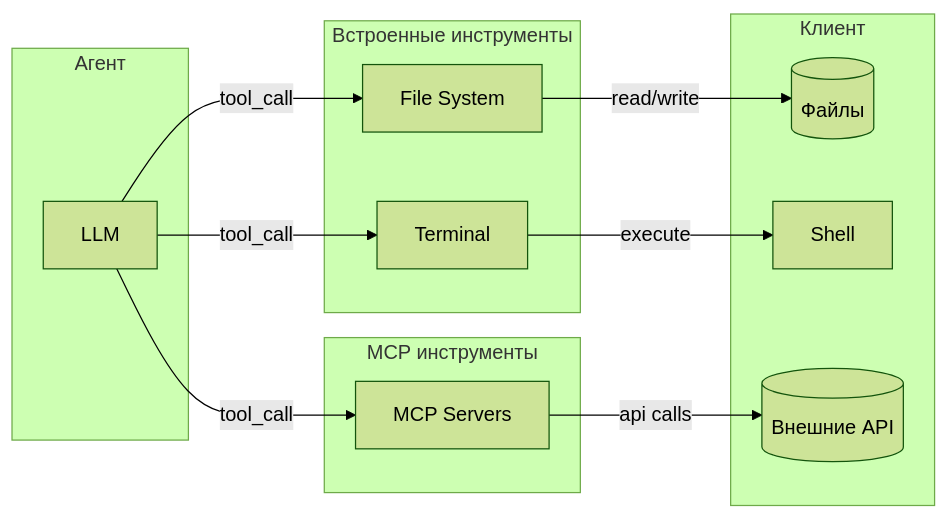
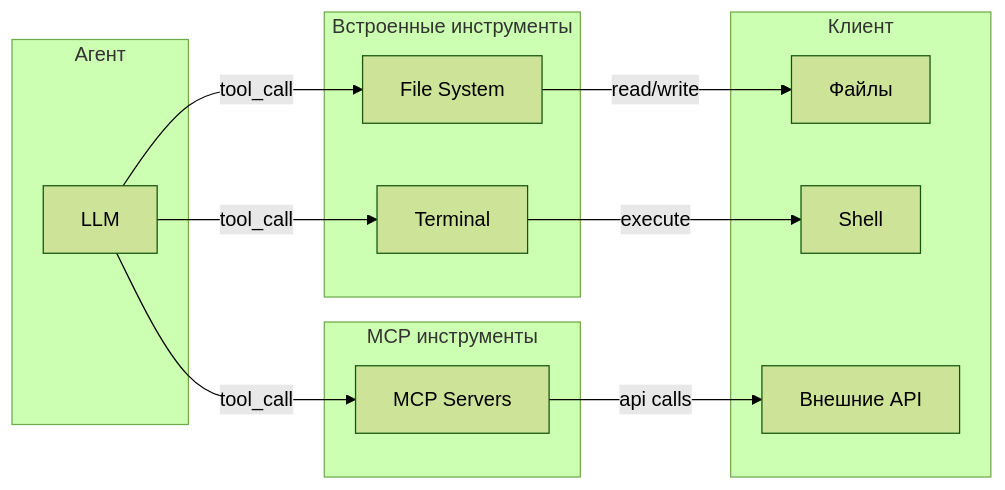
One commit to pese-git/codelab-agent changed the first of 2 diagrams in doc/product/user-guide/07-tools.md. Above: the diagram before and after it, drawn with Mermaid (forest theme). The commit also changed 11 other files, not shown here.

First line of the commit message:
docs: fix Mermaid diagram syntax for proper rendering

````diff
--- a/doc/product/user-guide/07-tools.md
+++ b/doc/product/user-guide/07-tools.md
@@ -9,28 +9,28 @@
 ```mermaid
 graph LR
     subgraph "Агент"
         LLM[LLM]
     end
     
     subgraph "Встроенные инструменты"
         FS[File System]
         TERM[Terminal]
     end
     
     subgraph "MCP инструменты"
         MCP[MCP Servers]
     end
     
     subgraph "Клиент"
-        Files[(Файлы)]
+        Files["Файлы"]
         Shell[Shell]
-        External[(Внешние API)]
+        External["Внешние API"]
     end
     
     LLM -->|tool_call| FS
     LLM -->|tool_call| TERM
     LLM -->|tool_call| MCP
     FS -->|read/write| Files
     TERM -->|execute| Shell
     MCP -->|api calls| External
 ```
````
